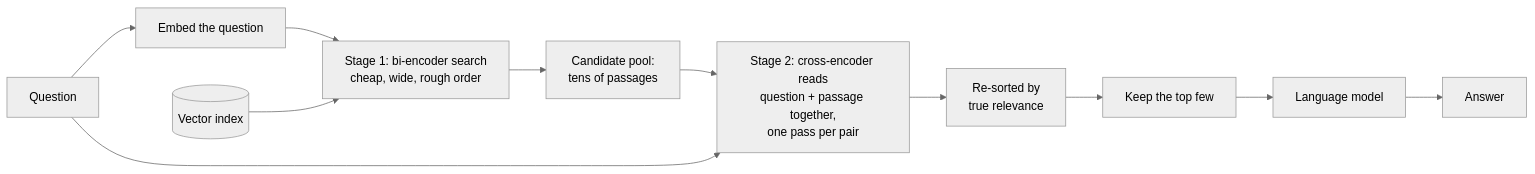
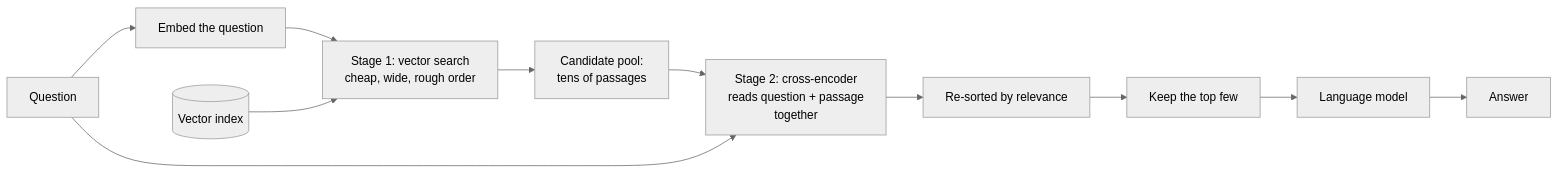
The second of 2 diagrams in app/demos/rag/rerank/README.md (jjaaxx44/genai-personal-lab-rag), drawn with Mermaid (neutral theme) before and after one commit. The commit also changed other lines of this file and 32 other files, not shown here.

````diff
--- a/app/demos/rag/rerank/README.md
+++ b/app/demos/rag/rerank/README.md
@@ -28,13 +20,13 @@
 ```mermaid
 flowchart LR
   Q["Question"] --> E["Embed the question"]
-  E --> S["Stage 1: bi-encoder search<br/>cheap, wide, rough order"]
+  E --> S["Stage 1: vector search<br/>cheap, wide, rough order"]
   I[("Vector index")] --> S
   S --> P["Candidate pool:<br/>tens of passages"]
-  P --> X["Stage 2: cross-encoder reads<br/>question + passage together,<br/>one pass per pair"]
+  P --> X["Stage 2: cross-encoder<br/>reads question + passage<br/>together"]
   Q --> X
-  X --> R["Re-sorted by<br/>true relevance"]
+  X --> R["Re-sorted by relevance"]
   R --> T["Keep the top few"]
   T --> L["Language model"]
   L --> A["Answer"]
 ```
````
